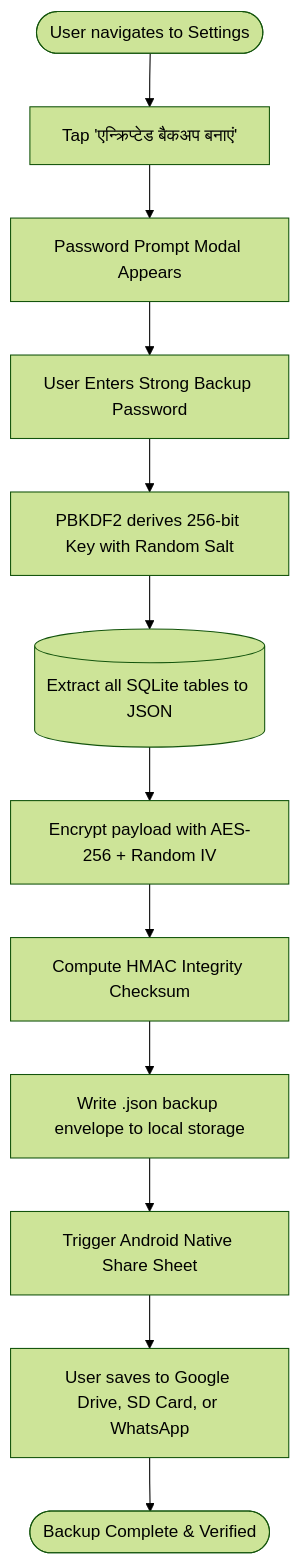
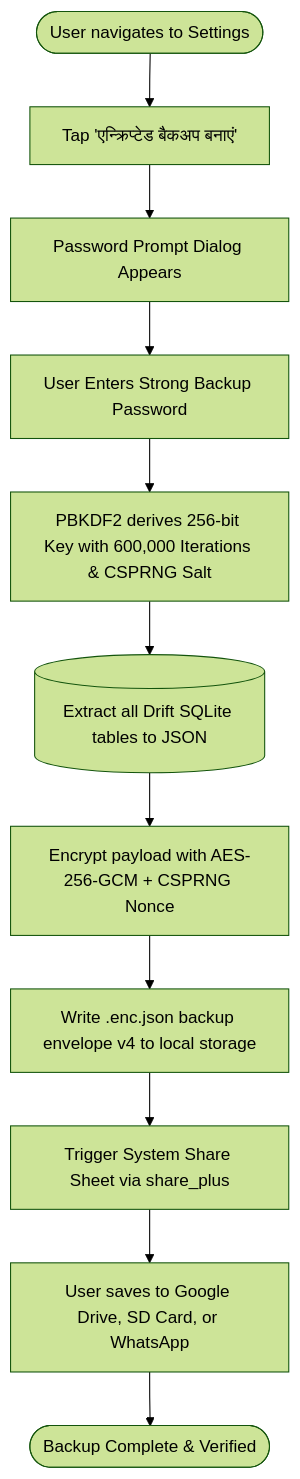
One commit to igjitendra/Vivah changed the third of 4 diagrams in docs/USER_FLOWS.md. Above: the diagram before and after it, drawn with Mermaid (forest theme). The commit also changed other lines of this file and 32 other files, not shown here.

````diff
--- a/docs/USER_FLOWS.md
+++ b/docs/USER_FLOWS.md
@@ -59,14 +61,13 @@
 ```mermaid
 flowchart TD
     Start([User navigates to Settings]) --> TapBackup[Tap 'एन्क्रिप्टेड बैकअप बनाएं']
-    TapBackup --> Modal[Password Prompt Modal Appears]
+    TapBackup --> Modal[Password Prompt Dialog Appears]
     Modal --> EnterPass[User Enters Strong Backup Password]
-    EnterPass --> DeriveKey[PBKDF2 derives 256-bit Key with Random Salt]
-    DeriveKey --> QueryDB[(Extract all SQLite tables to JSON)]
-    QueryDB --> Encrypt[Encrypt payload with AES-256 + Random IV]
-    Encrypt --> HMAC[Compute HMAC Integrity Checksum]
-    HMAC --> PackFile[Write .json backup envelope to local storage]
-    PackFile --> NativeShare[Trigger Android Native Share Sheet]
+    EnterPass --> DeriveKey[PBKDF2 derives 256-bit Key with 600,000 Iterations & CSPRNG Salt]
+    DeriveKey --> QueryDB[(Extract all Drift SQLite tables to JSON)]
+    QueryDB --> Encrypt[Encrypt payload with AES-256-GCM + CSPRNG Nonce]
+    Encrypt --> PackFile[Write .enc.json backup envelope v4 to local storage]
+    PackFile --> NativeShare[Trigger System Share Sheet via share_plus]
     NativeShare --> UserSave[User saves to Google Drive, SD Card, or WhatsApp]
     UserSave --> Done([Backup Complete & Verified])
 ```
````
